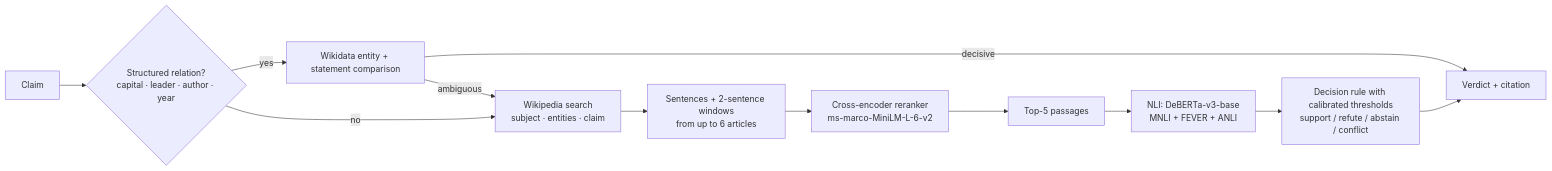
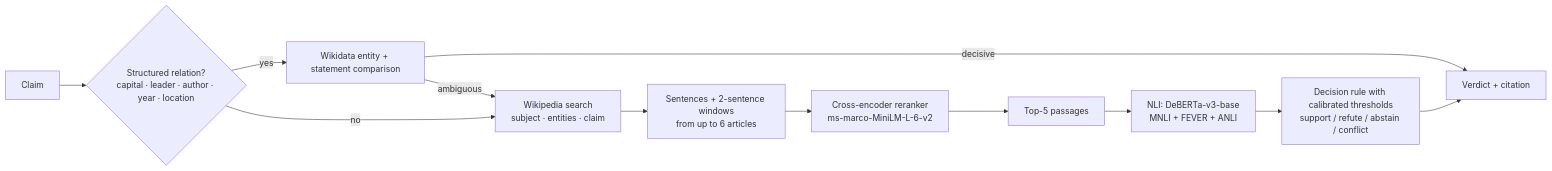
The diagram in README.md (beingbalaji/FALCON), drawn with Mermaid before and after one commit. The commit also changed other lines of this file and 7 other files, not shown here.

````diff
--- a/README.md
+++ b/README.md
@@ -23,14 +23,14 @@
 ```mermaid
 flowchart LR
-    A[Claim] --> B{Structured relation?<br/>capital · leader · author · year}
+    A[Claim] --> B{Structured relation?<br/>capital · leader · author · year · location}
     B -- yes --> C[Wikidata entity + statement comparison]
     C -- decisive --> V[Verdict + citation]
     C -- ambiguous --> D
     B -- no --> D[Wikipedia search<br/>subject · entities · claim]
     D --> E[Sentences + 2-sentence windows<br/>from up to 6 articles]
     E --> F[Cross-encoder reranker<br/>ms-marco-MiniLM-L-6-v2]
     F --> G[Top-5 passages]
     G --> H[NLI: DeBERTa-v3-base<br/>MNLI + FEVER + ANLI]
     H --> I[Decision rule with calibrated thresholds<br/>support / refute / abstain / conflict]
     I --> V
 ```
````
